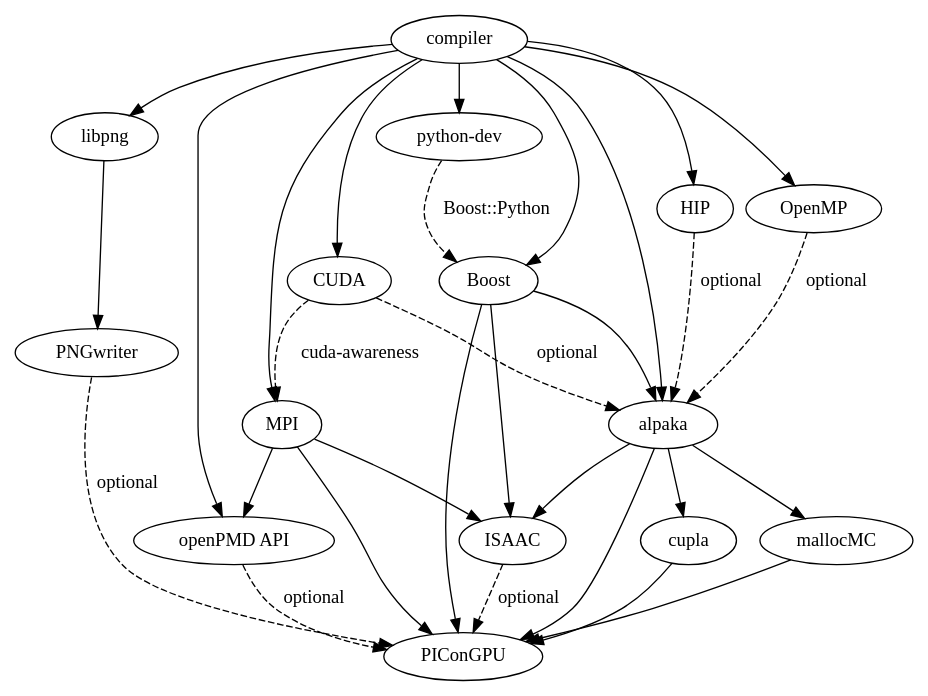
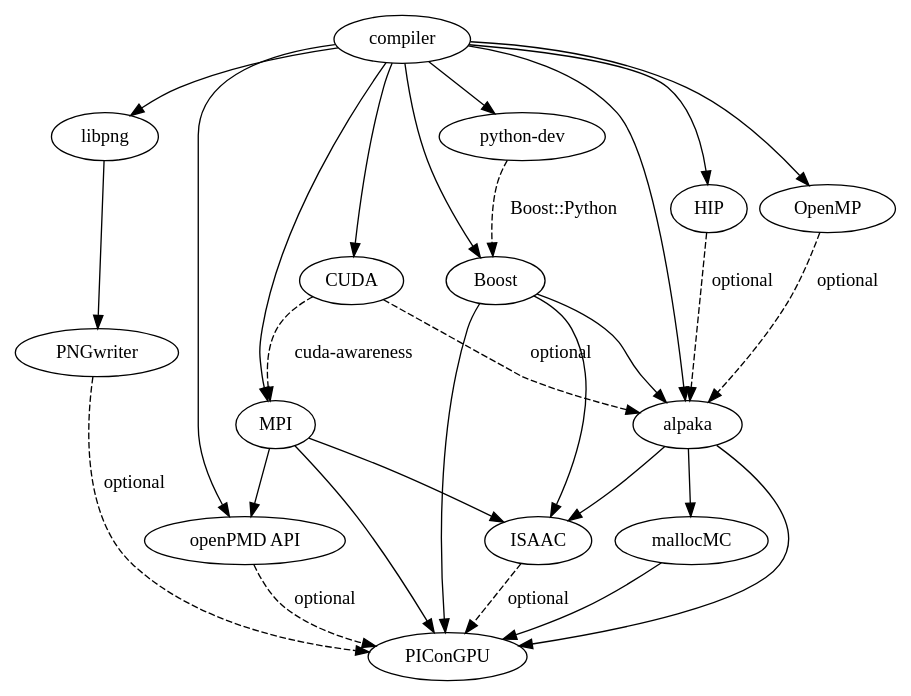
Before and after one commit to ComputationalRadiationPhysics/picongpu: the diagram in docs/source/install/libraryDependencies.dot, drawn with Graphviz. The commit also changed 31 other files, not shown here.

```diff
--- a/docs/source/install/libraryDependencies.dot
+++ b/docs/source/install/libraryDependencies.dot
@@ -1,63 +1,61 @@
 /* Generate the output
  *
  * Debian: apt-get install libgraph-easy-perl
  * Command:
  *   graph-easy --input=libraryDependencies.dot --boxart > libraryDependencies.md
  *   graph-easy --input=libraryDependencies.dot --as_ascii > libraryDependencies.txt
  *   graph-easy --input=libraryDependencies.dot --svg > libraryDependencies.svg
  *   graph-easy --input=libraryDependencies.dot --png
  */
 
 digraph PIConGPU {
     mpi [label="MPI"];
     compiler -> mpi;
 
     boost [label="Boost"];
     compiler -> boost;
 
     python [label="python-dev"];
     compiler -> python;
     python -> boost [style=dashed label="Boost::Python"];
 
     compiler -> libpng;
     libpng -> PNGwriter;
 
     compiler -> alpaka;
     boost -> alpaka;
-    alpaka -> cupla;
 
     mallocmc [label="mallocMC"]
     alpaka -> mallocmc;
 
     isaac [label="ISAAC"]
     alpaka -> isaac;
     boost -> isaac;
     mpi -> isaac;
 
     cuda [label="CUDA"];
     compiler -> cuda;
     cuda -> alpaka [style=dashed label="optional"];
     cuda -> mpi [style=dashed label="cuda-awareness"];
 
     hip [label="HIP"];
     compiler -> hip;
     hip -> alpaka [style=dashed label="optional"];
 
     omp [label="OpenMP"];
     compiler -> omp;
     omp -> alpaka [style=dashed label="optional"];
 
     openpmd [label="openPMD API"];
     mpi -> openpmd;
     compiler -> openpmd;
 
     picongpu [label="PIConGPU"];
     alpaka -> picongpu;
-    cupla -> picongpu;
     mpi -> picongpu;
     boost -> picongpu;
     mallocmc -> picongpu;
     isaac -> picongpu [style=dashed label="optional"];
     openpmd -> picongpu [style=dashed label="optional"];
     PNGwriter -> picongpu [style=dashed label="optional"];
 }
```
